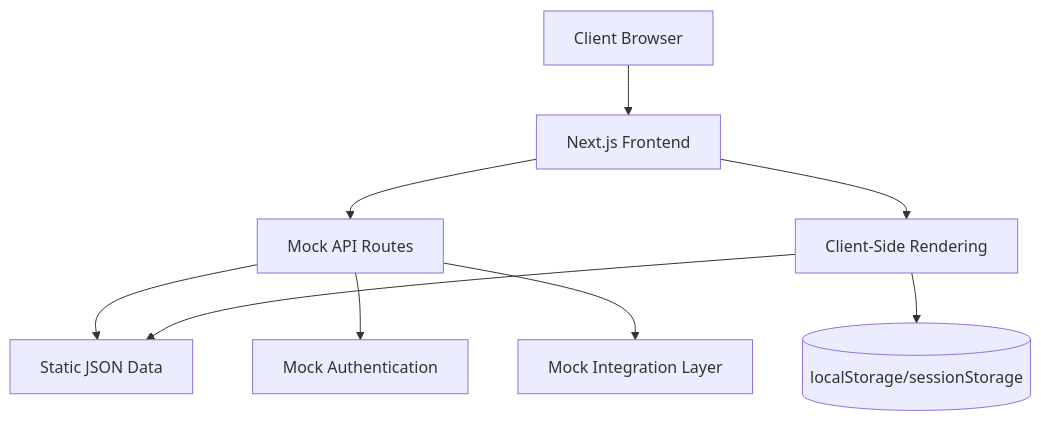
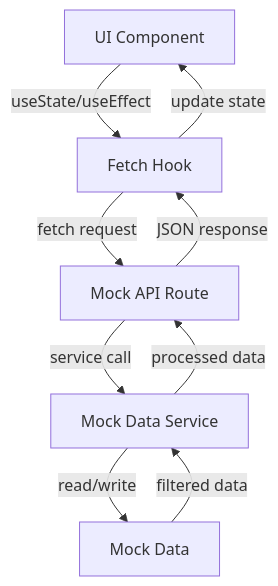
Before and after one commit to pikipupiba/FrontOfHouseProductions: the third of 4 diagrams in memory-bank/tasks/Investor-Ready-Wireframe-Conversion/wireframe_architecture.md, drawn with Mermaid. The commit also changed other lines of this file and 63 other files, not shown here.

````diff
--- a/memory-bank/tasks/Investor-Ready-Wireframe-Conversion/wireframe_architecture.md
+++ b/memory-bank/tasks/Investor-Ready-Wireframe-Conversion/wireframe_architecture.md
@@ -25,11 +297,11 @@
 ```mermaid
 flowchart TD
-    Client[Client Browser] --> NextJS[Next.js Frontend]
-    NextJS --> MockAPI[Mock API Routes]
-    NextJS --> CSR[Client-Side Rendering]
-    MockAPI --> MockData[Static JSON Data]
-    CSR --> MockData
-    MockAPI --> MockAuth[Mock Authentication]
-    CSR --> LocalStorage[(localStorage/sessionStorage)]
-    MockAPI --> MockIntegration[Mock Integration Layer]
+    Component[UI Component] -->|useState/useEffect| FetchHook[Fetch Hook]
+    FetchHook -->|fetch request| MockAPI[Mock API Route]
+    MockAPI -->|service call| DataService[Mock Data Service]
+    DataService -->|read/write| MockData[Mock Data]
+    MockData -->|filtered data| DataService
+    DataService -->|processed data| MockAPI
+    MockAPI -->|JSON response| FetchHook
+    FetchHook -->|update state| Component
 ```
````
